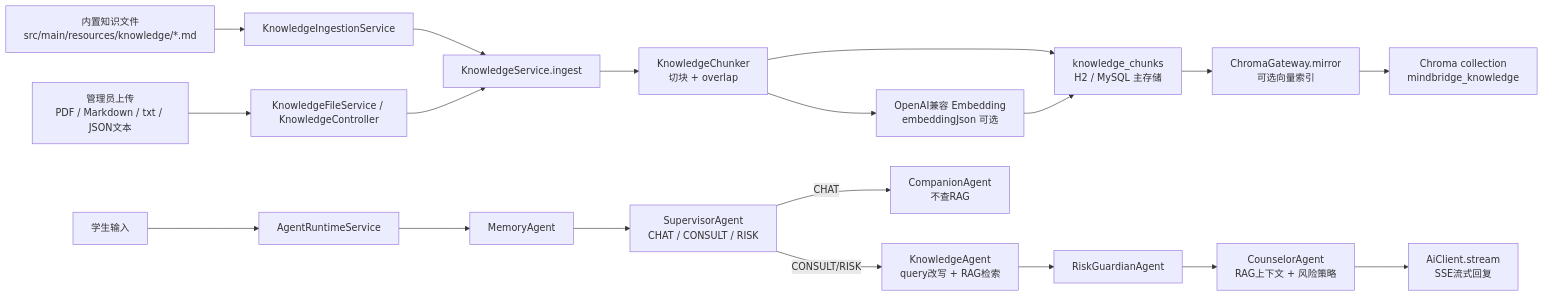
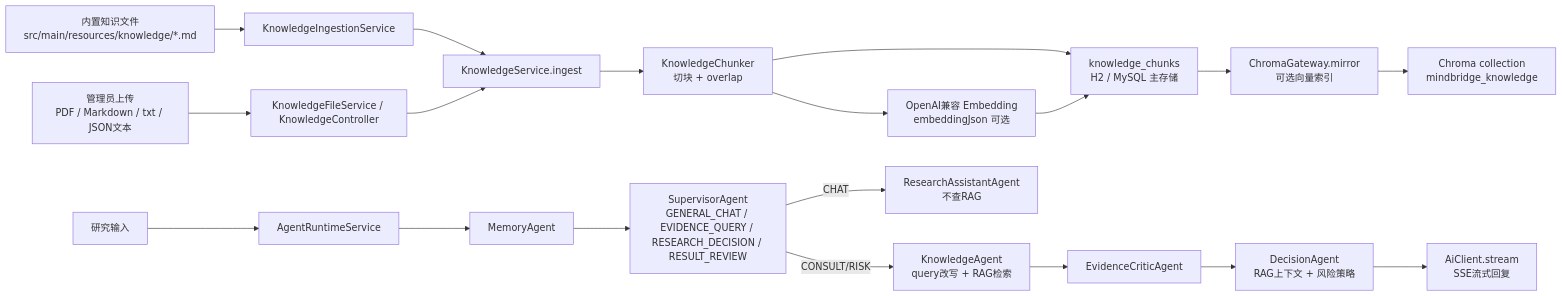
One commit to 2020378575/mindagent changed the first of 2 diagrams in docs/rag-technical-guide.md. Above: the diagram before and after it, drawn with Mermaid. The commit also changed other lines of this file and 6 other files, not shown here.

````diff
--- a/docs/rag-technical-guide.md
+++ b/docs/rag-technical-guide.md
@@ -24,22 +24,22 @@
 ```mermaid
 flowchart LR
     A["内置知识文件<br/>src/main/resources/knowledge/*.md"] --> B["KnowledgeIngestionService"]
     C["管理员上传<br/>PDF / Markdown / txt / JSON文本"] --> D["KnowledgeFileService / KnowledgeController"]
     B --> E["KnowledgeService.ingest"]
     D --> E
     E --> F["KnowledgeChunker<br/>切块 + overlap"]
     F --> G["knowledge_chunks<br/>H2 / MySQL 主存储"]
     F --> H["OpenAI兼容 Embedding<br/>embeddingJson 可选"]
     G --> I["ChromaGateway.mirror<br/>可选向量索引"]
     H --> G
     I --> J["Chroma collection<br/>mindbridge_knowledge"]
 
-    K["学生输入"] --> L["AgentRuntimeService"]
+    K["研究输入"] --> L["AgentRuntimeService"]
     L --> M["MemoryAgent"]
-    M --> N["SupervisorAgent<br/>CHAT / CONSULT / RISK"]
-    N -->|CHAT| O["CompanionAgent<br/>不查RAG"]
+    M --> N["SupervisorAgent<br/>GENERAL_CHAT / EVIDENCE_QUERY / RESEARCH_DECISION / RESULT_REVIEW"]
+    N -->|CHAT| O["ResearchAssistantAgent<br/>不查RAG"]
     N -->|CONSULT/RISK| P["KnowledgeAgent<br/>query改写 + RAG检索"]
-    P --> Q["RiskGuardianAgent"]
-    Q --> R["CounselorAgent<br/>RAG上下文 + 风险策略"]
+    P --> Q["EvidenceCriticAgent"]
+    Q --> R["DecisionAgent<br/>RAG上下文 + 风险策略"]
     R --> S["AiClient.stream<br/>SSE流式回复"]
 ```
````
